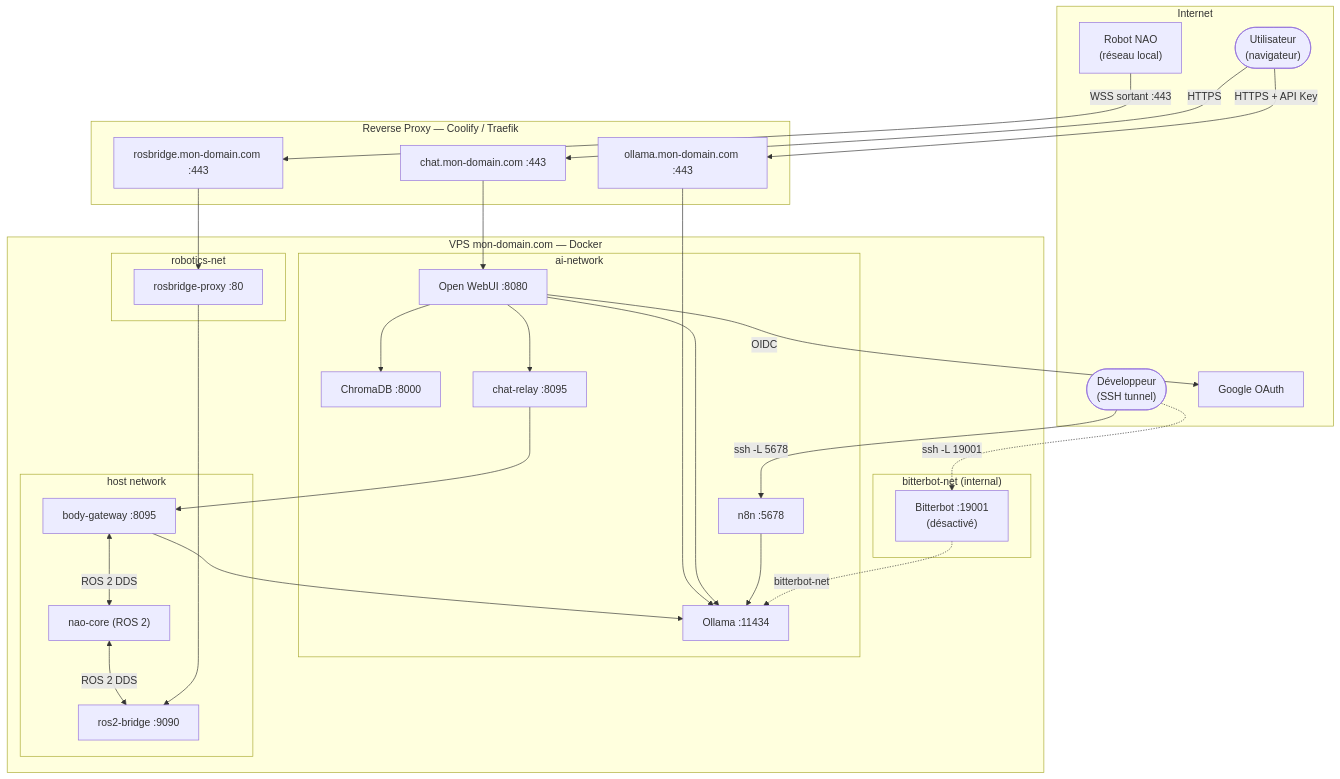
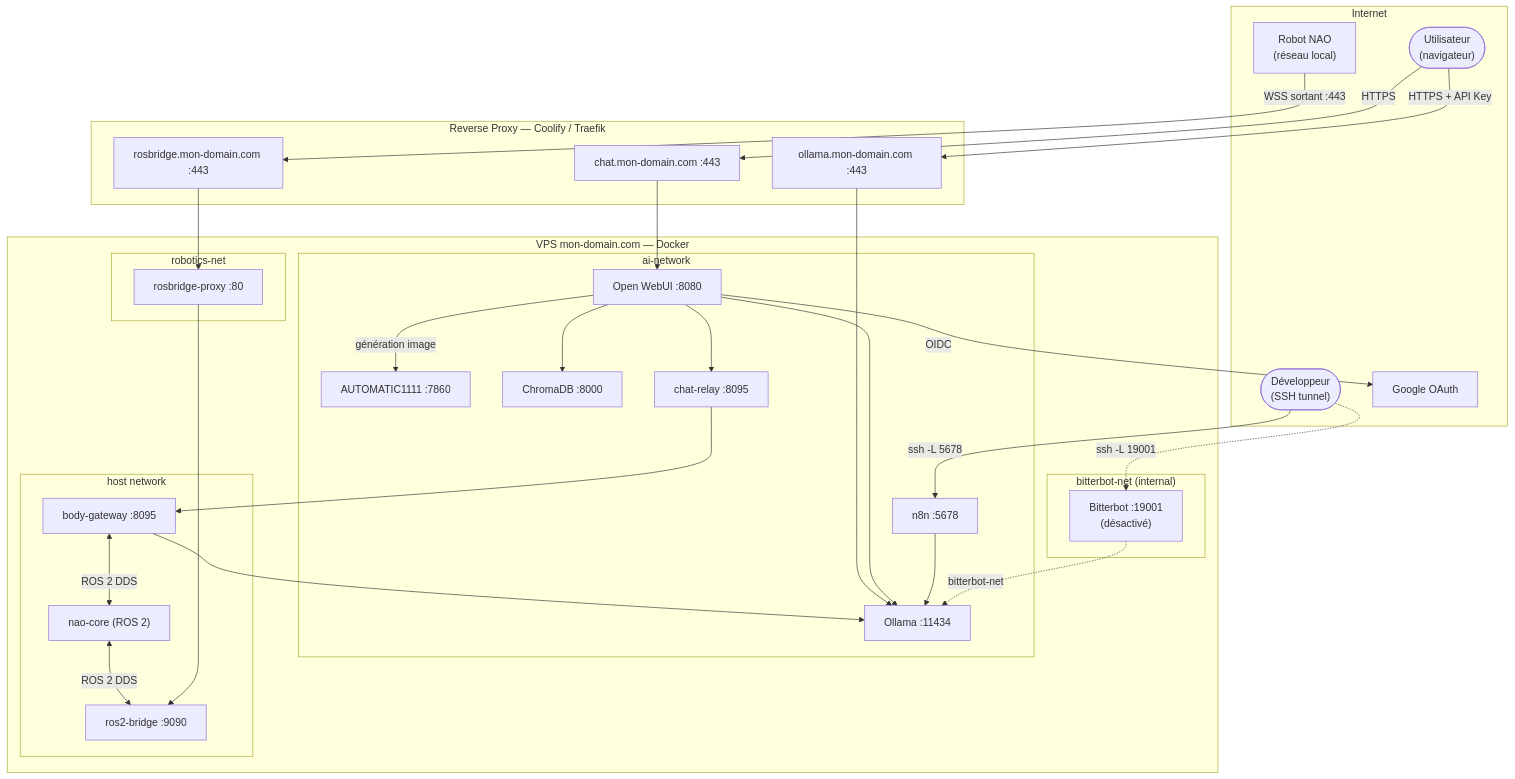
The diagram in README.md (Monolithoid/ia-agent), drawn with Mermaid before and after one commit. The commit also changed other lines of this file and 7 other files, not shown here.

````diff
--- a/README.md
+++ b/README.md
@@ -29,56 +29,58 @@
 ```mermaid
 flowchart TB
     subgraph Internet
         User(["Utilisateur\n(navigateur)"])
         Dev(["Développeur\n(SSH tunnel)"])
         Google["Google OAuth"]
         NAO["Robot NAO\n(réseau local)"]
     end
 
     subgraph Coolify["Reverse Proxy — Coolify / Traefik"]
         RP_Chat["chat.mon-domain.com :443"]
         RP_Ollama["ollama.mon-domain.com :443"]
         RP_ROS["rosbridge.mon-domain.com :443"]
     end
 
     subgraph Docker["VPS mon-domain.com — Docker"]
         subgraph aiNet["ai-network"]
             WebUI["Open WebUI :8080"]
             Ollama["Ollama :11434"]
+            A1111["AUTOMATIC1111 :7860"]
             N8N["n8n :5678"]
             Chroma["ChromaDB :8000"]
             ChatRelay["chat-relay :8095"]
         end
 
         subgraph bbNet["bitterbot-net (internal)"]
             Bitterbot["Bitterbot :19001\n(désactivé)"]
         end
 
         subgraph hostNet["host network"]
             BodyGW["body-gateway :8095"]
             NaoCore["nao-core (ROS 2)"]
             Ros2Bridge["ros2-bridge :9090"]
         end
 
         subgraph robotNet["robotics-net"]
             RosbridgeProxy["rosbridge-proxy :80"]
         end
     end
 
     User -->|HTTPS| RP_Chat --> WebUI
     User -->|HTTPS + API Key| RP_Ollama --> Ollama
     Dev -->|"ssh -L 5678"| N8N
     Dev -.->|"ssh -L 19001"| Bitterbot
 
     WebUI -->|OIDC| Google
     WebUI --> Ollama & Chroma
+    WebUI -->|génération image| A1111
     WebUI --> ChatRelay --> BodyGW
     N8N --> Ollama
     Bitterbot -.->|bitterbot-net| Ollama
 
     BodyGW --> Ollama
     BodyGW <-->|"ROS 2 DDS"| NaoCore
     NaoCore <-->|"ROS 2 DDS"| Ros2Bridge
 
     NAO -->|"WSS sortant :443"| RP_ROS --> RosbridgeProxy --> Ros2Bridge
 ```
````
